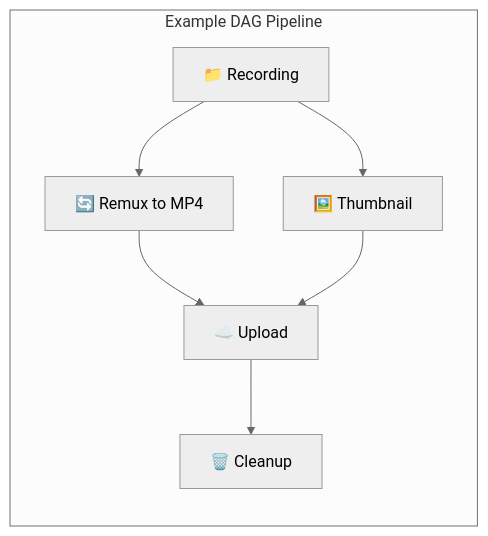
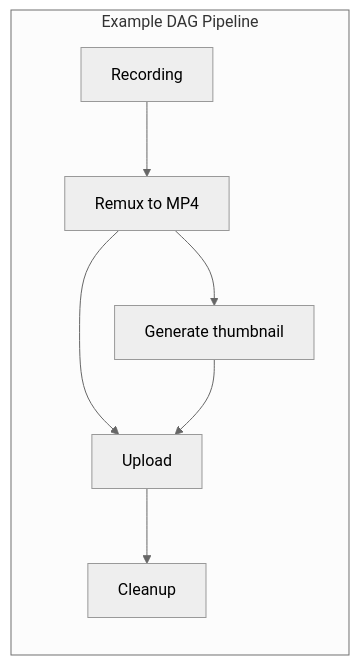
Before and after one commit to hua0512/rust-srec: the first of 4 diagrams in rust-srec/docs/en/concepts/pipeline.md, drawn with Mermaid (neutral theme). The commit also changed other lines of this file and 1 other file, not shown here.

````diff
--- a/rust-srec/docs/en/concepts/pipeline.md
+++ b/rust-srec/docs/en/concepts/pipeline.md
@@ -9,10 +9,10 @@
 ```mermaid
 flowchart LR
     subgraph DAG["Example DAG Pipeline"]
-        R[📁 Recording] --> REMUX[🔄 Remux to MP4]
-        R --> THUMB[🖼️ Thumbnail]
-        REMUX --> UPLOAD[☁️ Upload]
+        R[Recording] --> REMUX[Remux to MP4]
+        REMUX --> THUMB[Generate thumbnail]
+        REMUX --> UPLOAD[Upload]
         THUMB --> UPLOAD
-        UPLOAD --> CLEANUP[🗑️ Cleanup]
+        UPLOAD --> CLEANUP[Cleanup]
     end
 ```
````
